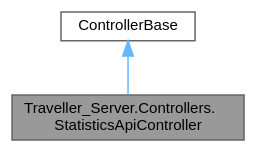
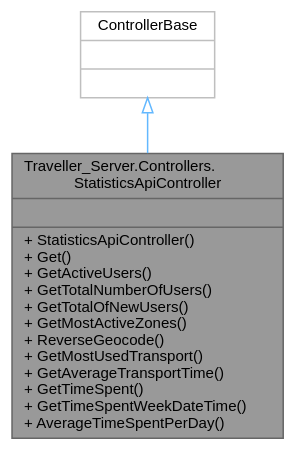
The diagram in Servidor/class_traveller___server_1_1_controllers_1_1_statistics_api_controller__coll__graph.dot (VenelinArgirov/manual-tecnico.github.io), drawn with Graphviz before and after one commit. The commit also changed 813 other files, not shown here.

```diff
--- a/Servidor/class_traveller___server_1_1_controllers_1_1_statistics_api_controller__coll__graph.dot
+++ b/Servidor/class_traveller___server_1_1_controllers_1_1_statistics_api_controller__coll__graph.dot
@@ -1,10 +1,10 @@
 digraph "Traveller_Server.Controllers.StatisticsApiController"
 {
  // LATEX_PDF_SIZE
   bgcolor="transparent";
   edge [fontname=Helvetica,fontsize=10,labelfontname=Helvetica,labelfontsize=10];
   node [fontname=Helvetica,fontsize=10,shape=box,height=0.2,width=0.4];
-  Node1 [label="Traveller_Server.Controllers.\lStatisticsApiController",height=0.2,width=0.4,color="gray40", fillcolor="grey60", style="filled", fontcolor="black",tooltip=" "];
-  Node2 -> Node1 [dir="back",color="steelblue1",style="solid"];
-  Node2 [label="ControllerBase",height=0.2,width=0.4,color="gray40", fillcolor="white", style="filled",tooltip=" "];
+  Node1 [shape=record,label="{Traveller_Server.Controllers.\lStatisticsApiController\n||+ StatisticsApiController()\l+ Get()\l+ GetActiveUsers()\l+ GetTotalNumberOfUsers()\l+ GetTotalOfNewUsers()\l+ GetMostActiveZones()\l+ ReverseGeocode()\l+ GetMostUsedTransport()\l+ GetAverageTransportTime()\l+ GetTimeSpent()\l+ GetTimeSpentWeekDateTime()\l+ AverageTimeSpentPerDay()\l}",height=0.2,width=0.4,color="gray40", fillcolor="grey60", style="filled", fontcolor="black",tooltip=" "];
+  Node2 -> Node1 [dir="back",color="steelblue1",style="solid",arrowtail="onormal"];
+  Node2 [shape=record,label="{ControllerBase\n||}",height=0.2,width=0.4,color="grey75", fillcolor="white", style="filled",tooltip=" "];
 }
```
